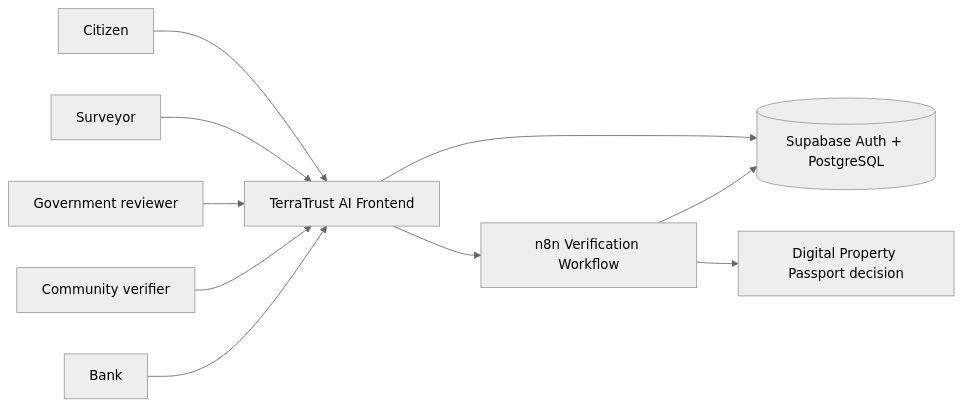
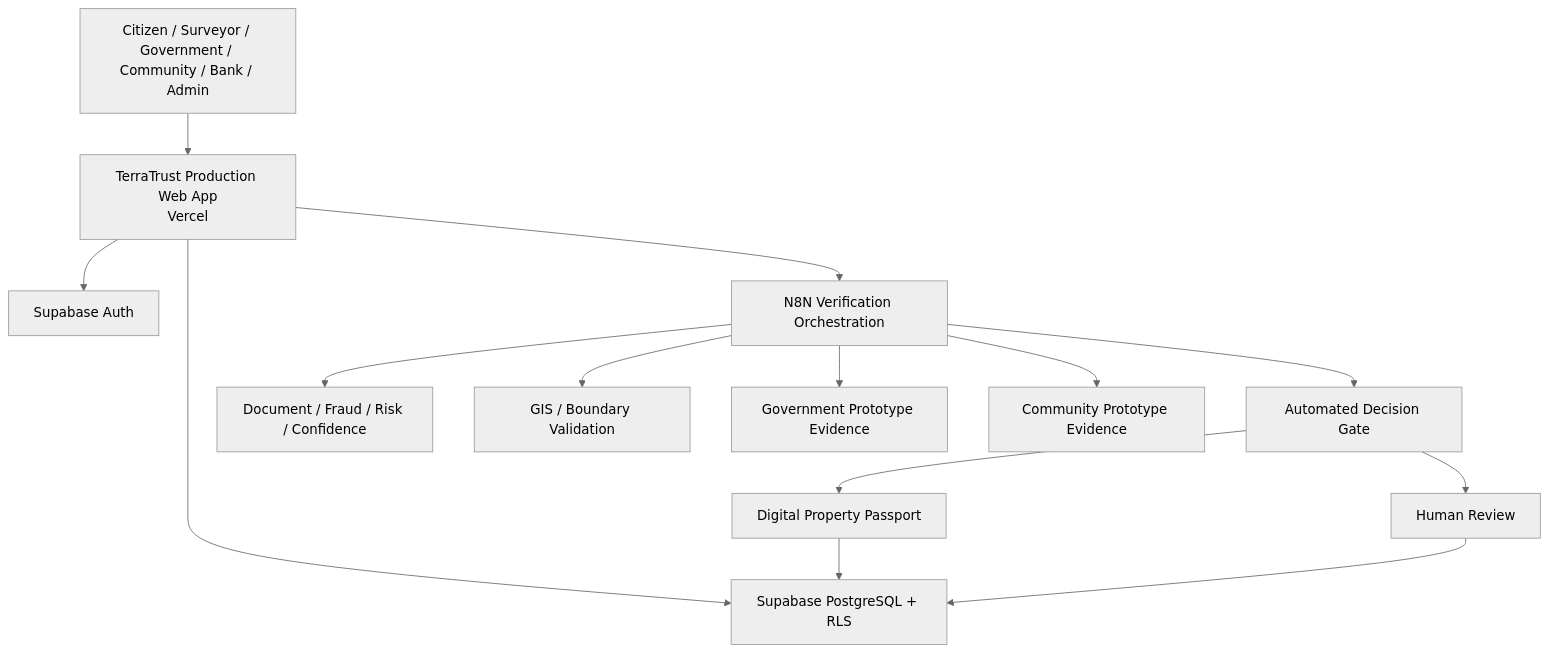
One commit to Kushh-Santhosh/TerraTrust-AI changed the fourth of 6 diagrams in README.md. Above: the diagram before and after it, drawn with Mermaid (neutral theme). The commit also changed other lines of this file and 9 other files, not shown here.

````diff
--- a/README.md
+++ b/README.md
@@ -28,12 +172,17 @@
 ```mermaid
-flowchart LR
-    Citizen[Citizen] --> Frontend[TerraTrust AI Frontend]
-    Surveyor[Surveyor] --> Frontend
-    Government[Government reviewer] --> Frontend
-    Community[Community verifier] --> Frontend
-    Bank[Bank] --> Frontend
-    Frontend --> Workflow[n8n Verification Workflow]
-    Frontend --> Supabase[(Supabase Auth + PostgreSQL)]
-    Workflow --> Supabase
-    Workflow --> Passport[Digital Property Passport decision]
+flowchart TB
+  User[Citizen / Surveyor / Government / Community / Bank / Admin]
+  User --> Vercel[TerraTrust Production Web App<br/>Vercel]
+  Vercel --> Auth[Supabase Auth]
+  Vercel --> DB[Supabase PostgreSQL + RLS]
+  Vercel --> N8N[N8N Verification Orchestration]
+  N8N --> AI[Document / Fraud / Risk / Confidence]
+  N8N --> GIS[GIS / Boundary Validation]
+  N8N --> Gov[Government Prototype Evidence]
+  N8N --> Community[Community Prototype Evidence]
+  N8N --> Decision[Automated Decision Gate]
+  Decision --> Passport[Digital Property Passport]
+  Decision --> Review[Human Review]
+  Passport --> DB
+  Review --> DB
 ```
````
